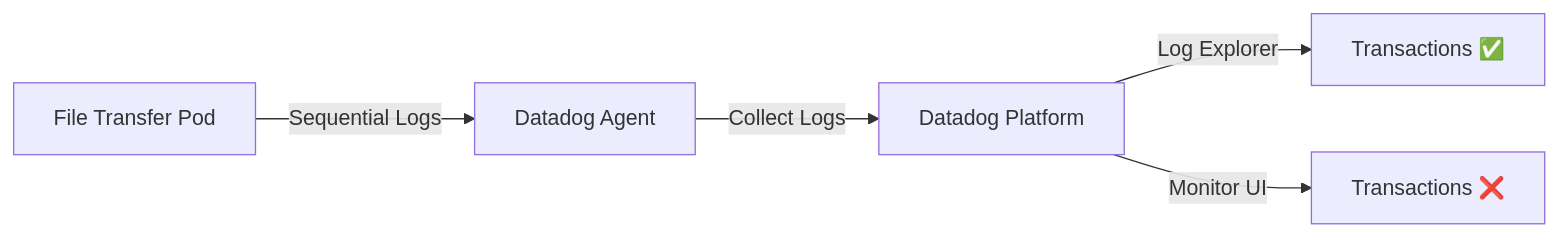
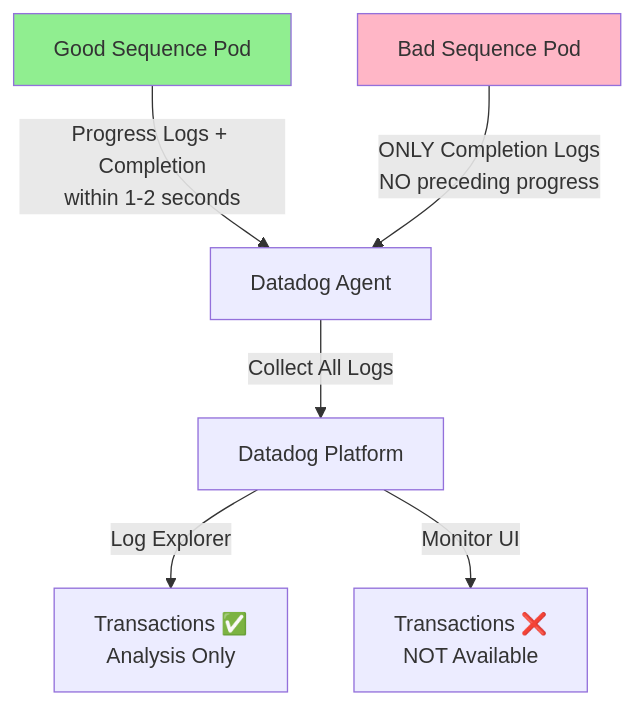
One commit to ddalexvea/datadog-sandboxes-by-ai changed the diagram in logs/sequential-log-monitoring/README.md. Above: the diagram before and after it, drawn with Mermaid. The commit also changed other lines of this file, not shown here.

First line of the commit message:
Add complete test scenarios for sequential log monitoring

````diff
--- a/logs/sequential-log-monitoring/README.md
+++ b/logs/sequential-log-monitoring/README.md
@@ -21,7 +24,11 @@
 ```mermaid
-graph LR
-    A[File Transfer Pod] -->|Sequential Logs| B[Datadog Agent]
-    B -->|Collect Logs| C[Datadog Platform]
-    C -->|Log Explorer| D[Transactions ✅]
-    C -->|Monitor UI| E[Transactions ❌]
+graph TB
+    A[Good Sequence Pod] -->|Progress Logs + Completion<br/>within 1-2 seconds| B[Datadog Agent]
+    C[Bad Sequence Pod] -->|ONLY Completion Logs<br/>NO preceding progress| B
+    B -->|Collect All Logs| D[Datadog Platform]
+    D -->|Log Explorer| E[Transactions ✅<br/>Analysis Only]
+    D -->|Monitor UI| F[Transactions ❌<br/>NOT Available]
+    
+    style A fill:#90EE90
+    style C fill:#FFB6C6
 ```
````
